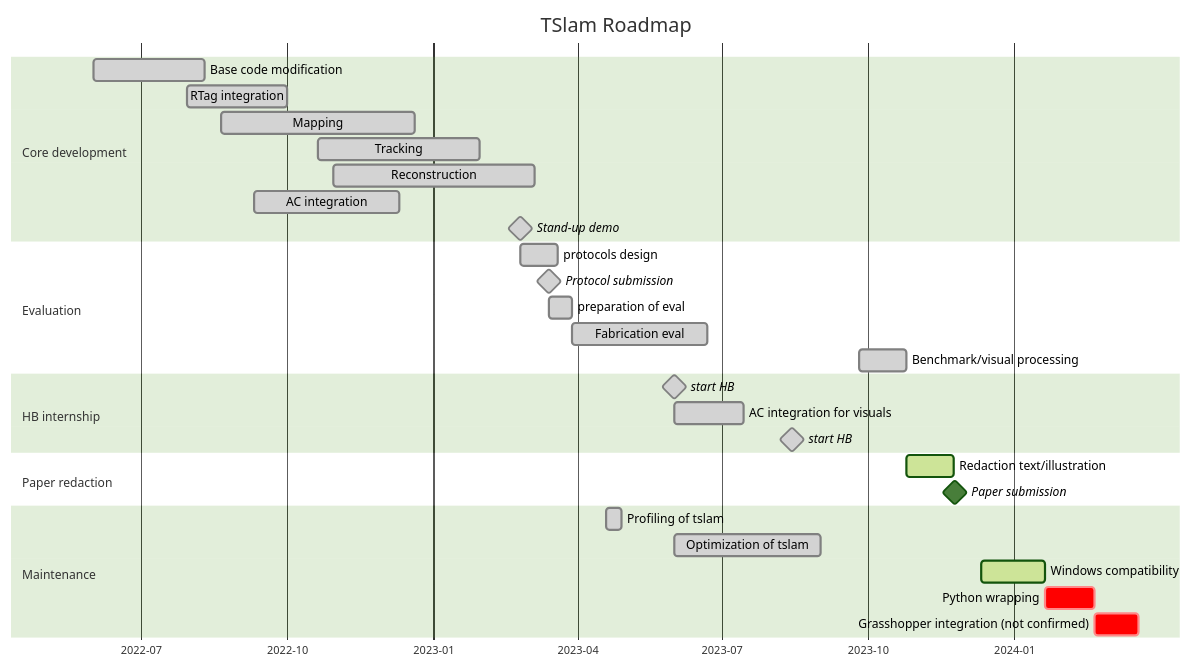
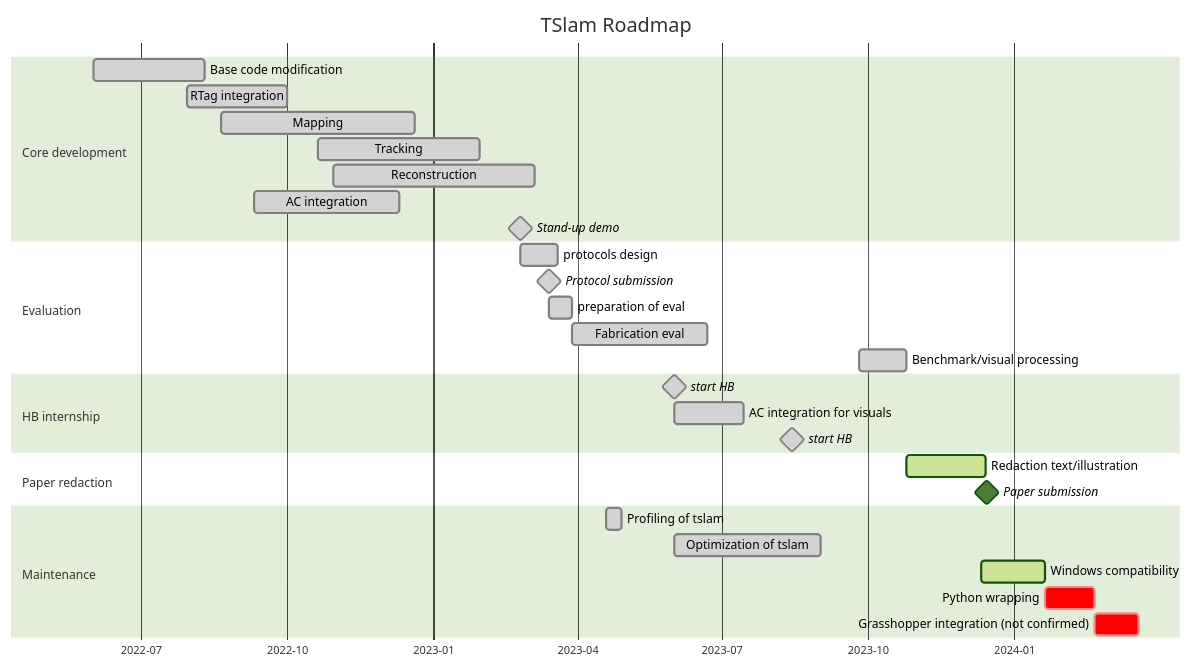
Before and after one commit to ibois-epfl/TSlam: the diagram in README.md, drawn with Mermaid (forest theme).

Commit message:
FIX: planning

````diff
--- a/README.md
+++ b/README.md
@@ -356,38 +356,38 @@
 ```mermaid
 gantt
     dateFormat  YYYY-MM-DD
     title       TSlam Roadmap
     axisFormat %Y-%m
 
     section Core development
     Base code modification          :done, ucm, 2022-06-01, 2022-08-10
     RTag integration                :done, rti, 2022-07-30, 2022-10-01
     Mapping                         :done, map, 2022-08-20, 2022-12-20
     Tracking                        :done, trck, 2022-10-20, 2023-01-30
     Reconstruction                  :done, rec, 2022-10-30, 2023-03-05
     AC integration                  :done, aci, 2022-09-10, 2022-12-10
     Stand-up demo                   :milestone, done, 2023-02-24, 0d
 
     section Evaluation
     protocols design                :done, ptrd, 2023-02-24, 2023-03-20
     Protocol submission             :milestone, done, 2023-03-14, 0d
     preparation of eval             :done, 15d
     Fabrication eval                :done, 85d
     Benchmark/visual processing     :done, bvpr, 2023-09-25, 30d
     
     section HB internship
     start HB                        :milestone, done, 2023-06-01,
     AC integration for visuals      :done, 2023-06-01, 2023-07-15
     start HB                        :milestone, done, 2023-08-14,
 
     section Paper redaction
-    Redaction text/illustration     :active, pprd, after bvpr, 30d
+    Redaction text/illustration     :active, pprd, after bvpr, 50d
     Paper submission                :milestone, after pprd, 1d
     
     section Maintenance
     Profiling of tslam                  :done, opti, 2023-04-19, 10d
     Optimization of tslam               :done, 2023-06-01, 2023-09-01
     Windows compatibility               :active, wincomp, 2023-12-11, 2024-01-20
     Python wrapping                     :crit, pywrap, 2024-01-20, 2024-02-20
     Grasshopper integration (not confirmed)  :crit, after pywrap, 4w
 ```
````
